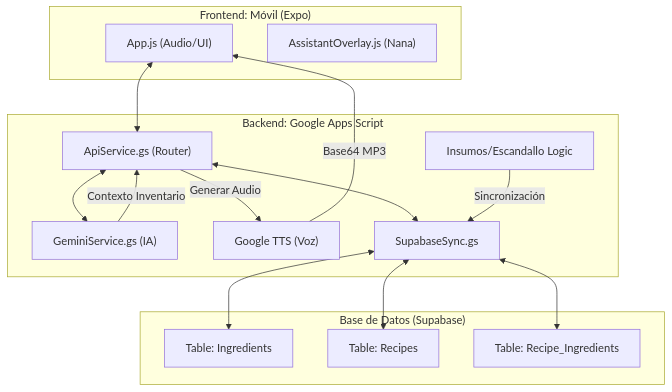
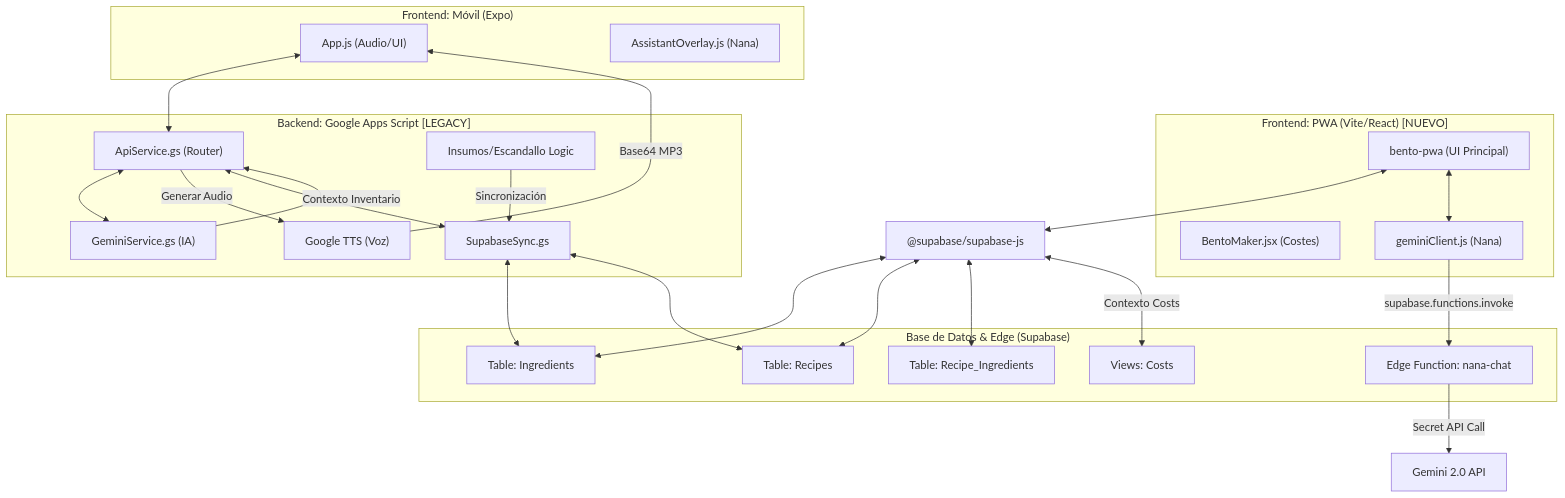
The diagram in PROJECT_MAP.md (jordicandelareal-oss/BachanBentoBOX), drawn with Mermaid before and after one commit. The commit also changed other lines of this file and 61 other files, not shown here.

````diff
--- a/PROJECT_MAP.md
+++ b/PROJECT_MAP.md
@@ -5,34 +5,51 @@
 ```mermaid
 graph TD
+    subgraph "Frontend: PWA (Vite/React) [NUEVO]"
+        PWA["bento-pwa (UI Principal)"]
+        BentoMaker["BentoMaker.jsx (Costes)"]
+        NanaPWA["geminiClient.js (Nana)"]
+    end
+
     subgraph "Frontend: Móvil (Expo)"
         App["App.js (Audio/UI)"]
         Overlay["AssistantOverlay.js (Nana)"]
     end
 
-    subgraph "Backend: Google Apps Script"
+    subgraph "Backend: Google Apps Script [LEGACY]"
         API["ApiService.gs (Router)"]
         Gemini["GeminiService.gs (IA)"]
         TTS["Google TTS (Voz)"]
         Supabase["SupabaseSync.gs"]
         Logic["Insumos/Escandallo Logic"]
     end
 
-    subgraph "Base de Datos (Supabase)"
+    subgraph "Base de Datos & Edge (Supabase)"
         Ing["Table: Ingredients"]
         Rec["Table: Recipes"]
         Comp["Table: Recipe_Ingredients"]
+        Views["Views: Costs"]
+        Edge["Edge Function: nana-chat"]
     end
 
+    %% PWA Connections (Direct to Supabase + Edge API)
+    PWA <--> SupabaseSDK["@supabase/supabase-js"]
+    SupabaseSDK <--> Ing
+    SupabaseSDK <--> Rec
+    SupabaseSDK <--> Comp
+    SupabaseSDK <-- "Contexto Costs" --> Views
+    PWA <--> NanaPWA
+    NanaPWA -- "supabase.functions.invoke" --> Edge
+    Edge -- "Secret API Call" --> GeminiCloud["Gemini 2.0 API"]
+
+    %% Legacy Expo/Apps Script Connections
     App <--> API
     API <--> Gemini
     Gemini -- "Contexto Inventario" --> API
     API -- "Generar Audio" --> TTS
     TTS -- "Base64 MP3" --> App
     
     API <--> Supabase
     Supabase <--> Ing
     Supabase <--> Rec
-    Supabase <--> Comp
-    
     Logic -- "Sincronización" --> Supabase
 ```
````
